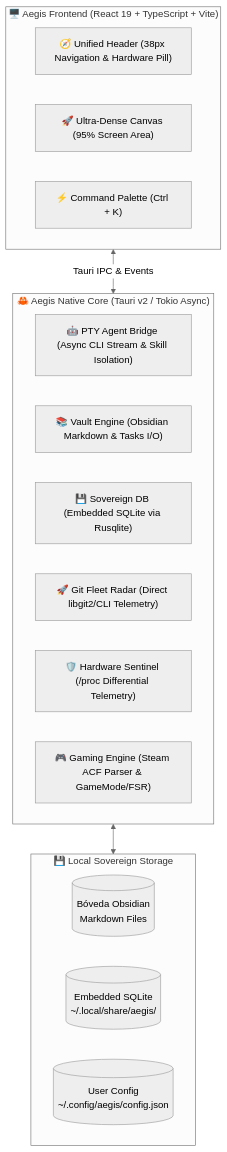
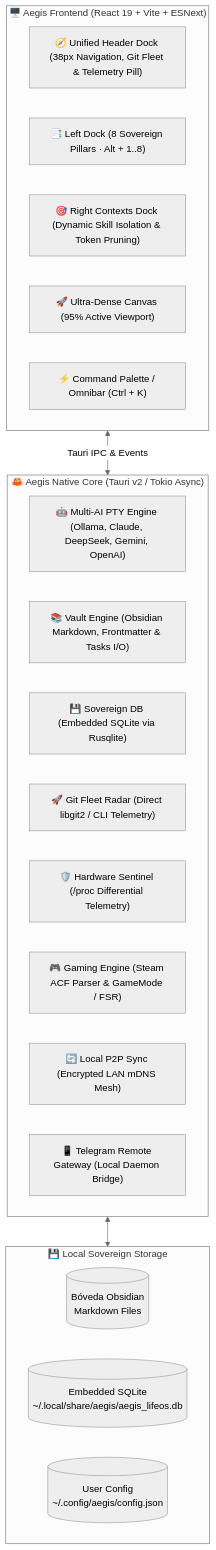
The diagram in README.md (GabrielSa8/Aegis), drawn with Mermaid (neutral theme) before and after one commit. The commit also changed other lines of this file and 1 other file, not shown here.

Commit message:
docs: overhaul presentation readme with v2.13.3 architecture, 8 pillars and one-line installer

````diff
--- a/README.md
+++ b/README.md
@@ -33,26 +52,30 @@
 ```mermaid
 flowchart TD
-    subgraph UI ["🖥️ Aegis Frontend (React 19 + TypeScript + Vite)"]
-        Top["🧭 Unified Header (38px Navigation & Hardware Pill)"]
-        Canvas["🚀 Ultra-Dense Canvas (95% Screen Area)"]
-        Omnibar["⚡ Command Palette (Ctrl + K)"]
+    subgraph UI ["🖥️ Aegis Frontend (React 19 + Vite + ESNext)"]
+        Top["🧭 Unified Header Dock (38px Navigation, Git Fleet & Telemetry Pill)"]
+        NavLeft["📑 Left Dock (8 Sovereign Pillars · Alt + 1..8)"]
+        ContextsRight["🎯 Right Contexts Dock (Dynamic Skill Isolation & Token Pruning)"]
+        Canvas["🚀 Ultra-Dense Canvas (95% Active Viewport)"]
+        Omnibar["⚡ Command Palette / Omnibar (Ctrl + K)"]
     end
 
     subgraph RustCore ["🦀 Aegis Native Core (Tauri v2 / Tokio Async)"]
-        PTY["🤖 PTY Agent Bridge (Async CLI Stream & Skill Isolation)"]
-        VaultEngine["📚 Vault Engine (Obsidian Markdown & Tasks I/O)"]
+        PTY["🤖 Multi-AI PTY Engine (Ollama, Claude, DeepSeek, Gemini, OpenAI)"]
+        VaultEngine["📚 Vault Engine (Obsidian Markdown, Frontmatter & Tasks I/O)"]
         SQLiteEngine["💾 Sovereign DB (Embedded SQLite via Rusqlite)"]
-        DevOpsEngine["🚀 Git Fleet Radar (Direct libgit2/CLI Telemetry)"]
+        DevOpsEngine["🚀 Git Fleet Radar (Direct libgit2 / CLI Telemetry)"]
         SentinelEngine["🛡️ Hardware Sentinel (/proc Differential Telemetry)"]
-        LeisureEngine["🎮 Gaming Engine (Steam ACF Parser & GameMode/FSR)"]
+        LeisureEngine["🎮 Gaming Engine (Steam ACF Parser & GameMode / FSR)"]
+        MeshEngine["🔄 Local P2P Sync (Encrypted LAN mDNS Mesh)"]
+        GateEngine["📱 Telegram Remote Gateway (Local Daemon Bridge)"]
     end
 
     subgraph Storage ["💾 Local Sovereign Storage"]
         Vault[("Bóveda Obsidian\nMarkdown Files")]
-        DB[("Embedded SQLite\n~/.local/share/aegis/")]
+        DB[("Embedded SQLite\n~/.local/share/aegis/aegis_lifeos.db")]
         Cfg[("User Config\n~/.config/aegis/config.json")]
     end
 
     UI <-->|Tauri IPC & Events| RustCore
     RustCore <--> Storage
 ```
````
